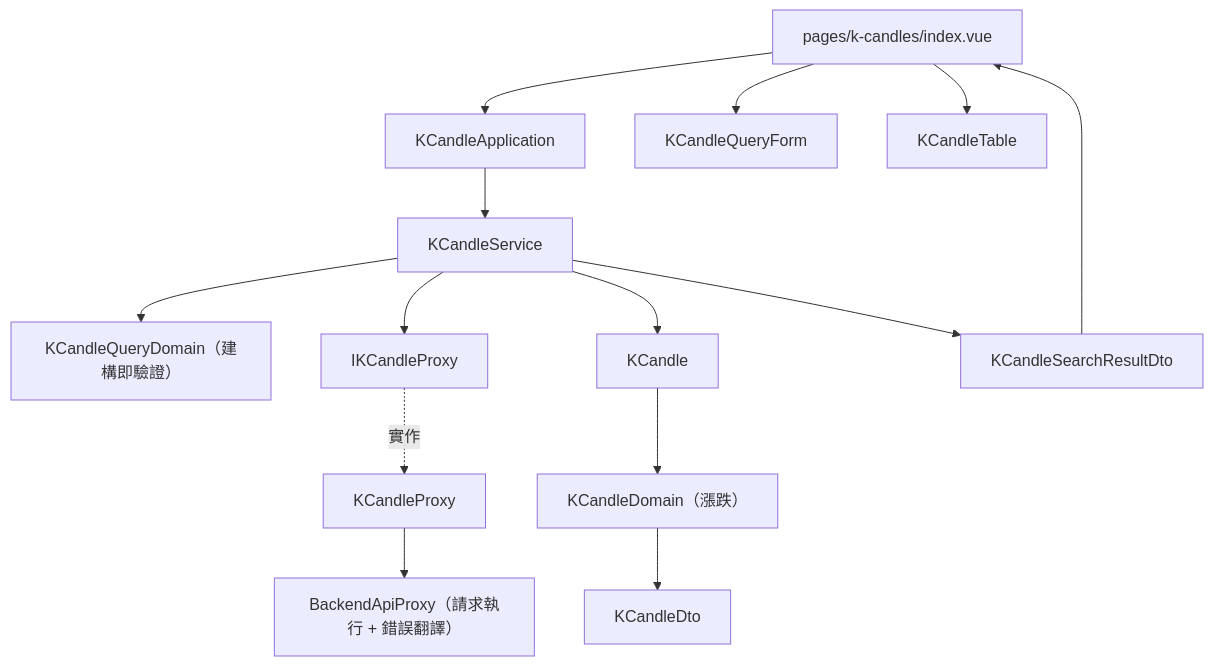
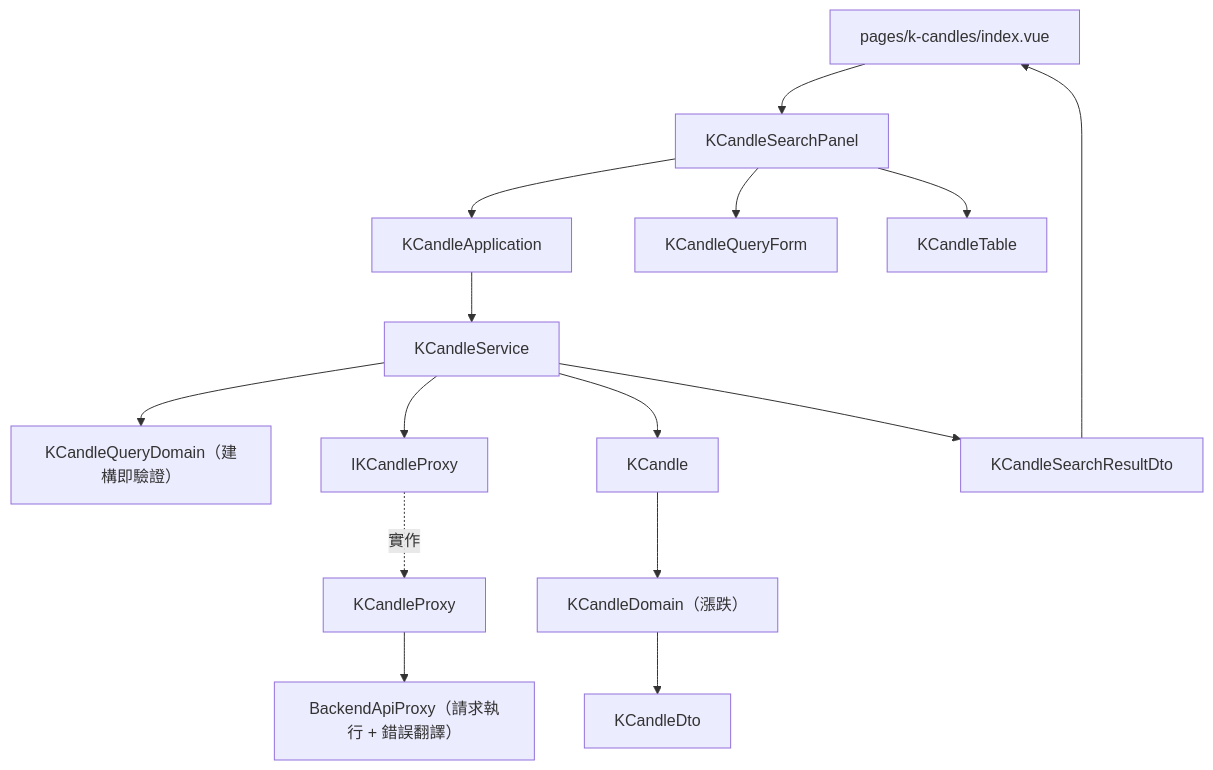
One commit to CodeMachine0121/go-trading-frontend changed the diagram in .sdd/2026-08-30-k-candle-browsing/ARCH.md. Above: the diagram before and after it, drawn with Mermaid. The commit also changed other lines of this file, not shown here.

````diff
--- a/.sdd/2026-08-30-k-candle-browsing/ARCH.md
+++ b/.sdd/2026-08-30-k-candle-browsing/ARCH.md
@@ -81,16 +82,17 @@
 ```mermaid
 flowchart TD
-    Page["pages/k-candles/index.vue"] --> App["KCandleApplication"]
-    Page --> Form["KCandleQueryForm"]
-    Page --> Table["KCandleTable"]
+    Page["pages/k-candles/index.vue"] --> Panel["KCandleSearchPanel"]
+    Panel --> App["KCandleApplication"]
+    Panel --> Form["KCandleQueryForm"]
+    Panel --> Table["KCandleTable"]
     App --> Svc["KCandleService"]
     Svc --> QueryDomain["KCandleQueryDomain（建構即驗證）"]
     Svc --> IProxy["IKCandleProxy"]
     IProxy -.實作.-> Proxy["KCandleProxy"]
     Proxy --> Base["BackendApiProxy（請求執行 + 錯誤翻譯）"]
     Svc --> Entity["KCandle"]
     Entity --> Domain["KCandleDomain（漲跌）"]
     Domain --> Dto["KCandleDto"]
     Svc --> Result["KCandleSearchResultDto"]
     Result --> Page
 ```
````
